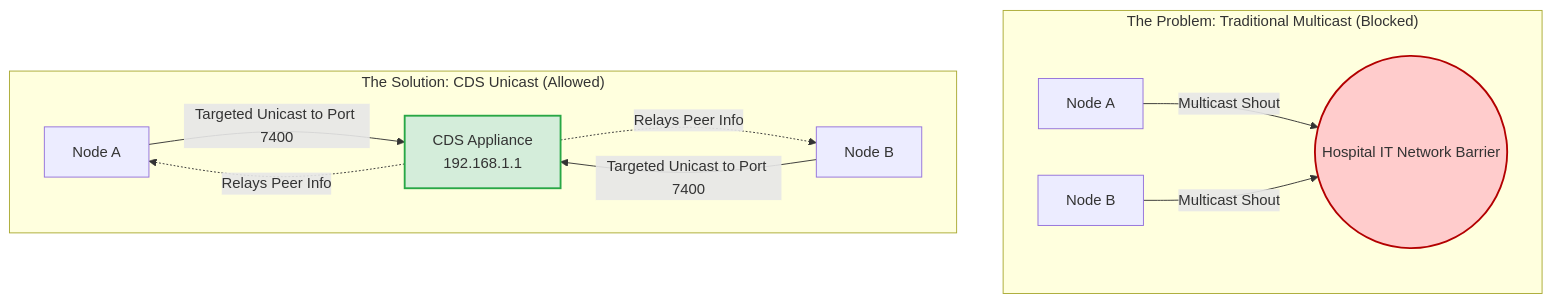
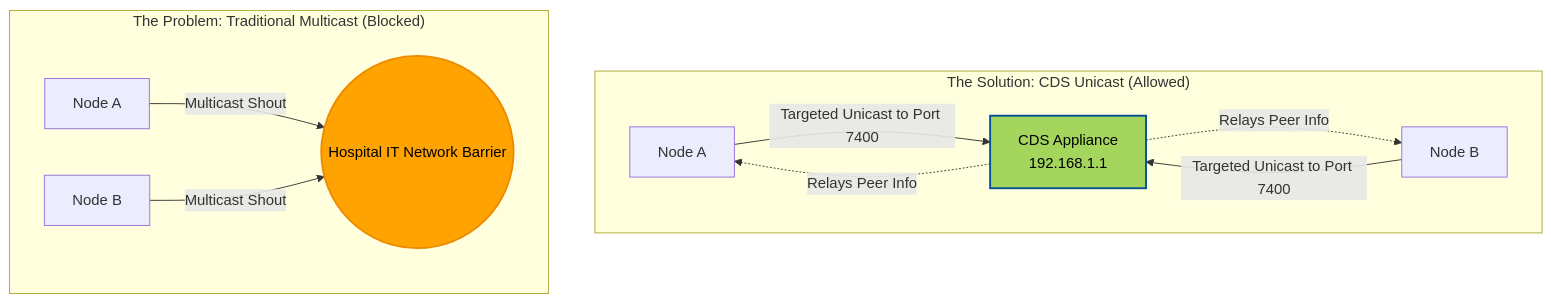
Before and after one commit to ajmhs/connext_appliance: the first of 3 diagrams in examples/1. CDS Discovery/README.md, drawn with Mermaid. The commit also changed other lines of this file and 8 other files, not shown here.

````diff
--- a/examples/1. CDS Discovery/README.md
+++ b/examples/1. CDS Discovery/README.md
@@ -7,16 +44,16 @@
 ```mermaid
 graph TD
-    subgraph "The Problem: Traditional Multicast (Blocked)"
-        A1[Node A] -->|Multicast Shout| Barrier((Hospital IT Network Barrier))
-        B1[Node B] -->|Multicast Shout| Barrier
-        style Barrier fill:#ffcccc,stroke:#b30000,stroke-width:2px
-    end
-
     subgraph "The Solution: CDS Unicast (Allowed)"
         A2[Node A] -->|Targeted Unicast to Port 7400| CDS[CDS Appliance<br>192.168.1.1]
         B2[Node B] -->|Targeted Unicast to Port 7400| CDS
         CDS -. Relays Peer Info .-> A2
         CDS -. Relays Peer Info .-> B2
-        style CDS fill:#d4edda,stroke:#28a745,stroke-width:2px
+        style CDS fill:#A4D65E,stroke:#004C97,stroke-width:2px,color:#000
+    end
+
+    subgraph "The Problem: Traditional Multicast (Blocked)"
+        A1[Node A] -->|Multicast Shout| Barrier((Hospital IT Network Barrier))
+        B1[Node B] -->|Multicast Shout| Barrier
+        style Barrier fill:#FFA300,stroke:#ED8B00,stroke-width:2px,color:#000
     end
 ```
````
